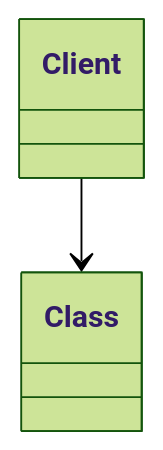
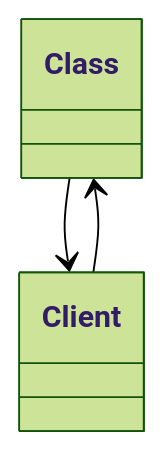
One commit to saiphanindra1010/arch_diagram_demo changed the diagram in mermade/untitled.md. Above: the diagram before and after it, drawn with Mermaid (forest theme).

Commit message:
mermade: save Untitled

````diff
--- a/mermade/untitled.md
+++ b/mermade/untitled.md
@@ -3,7 +3,8 @@
 ```mermaid
 classDiagram
   class Class
   class Client
   Client --> Class
-%% mermade:{"v":1,"diagramType":"class","nodes":{"Class":{"x":-43.71149553571432,"y":-165.61216517857142,"w":220,"h":70,"kind":"class","members":[]},"Client":{"x":-9.060267857142883,"y":31.292410714285737,"w":140,"h":72,"kind":"client"}},"groups":{},"edges":{"e1":{"relation":"assoc","label":""}}}
+  Class --> Client
+%% mermade:{"v":1,"diagramType":"class","nodes":{"Class":{"x":-43.71149553571432,"y":-165.61216517857142,"w":220,"h":70,"kind":"class","members":[]},"Client":{"x":-9.060267857142883,"y":31.292410714285737,"w":140,"h":72,"kind":"client"}},"groups":{},"edges":{"e1":{"relation":"assoc","label":""},"e2":{"relation":"assoc","label":""}}}
 ```
````
